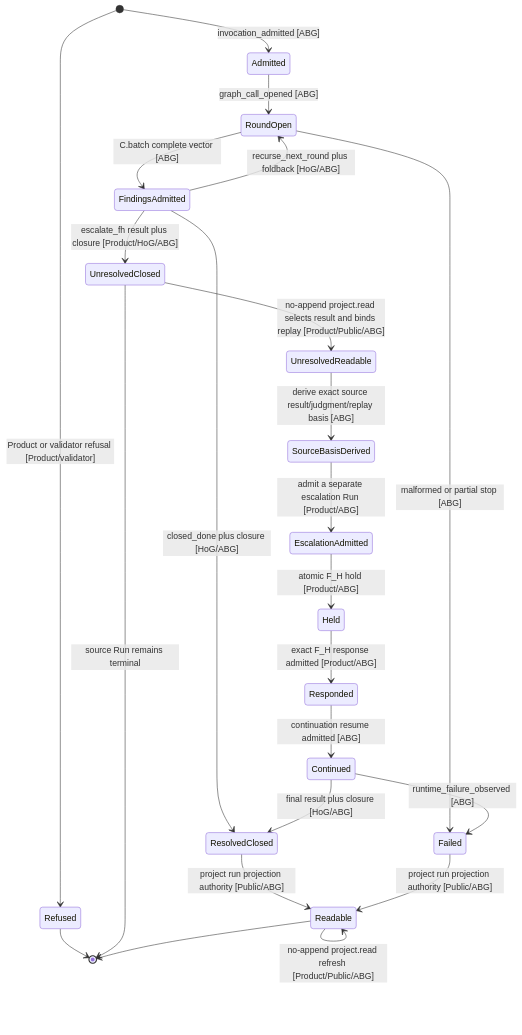
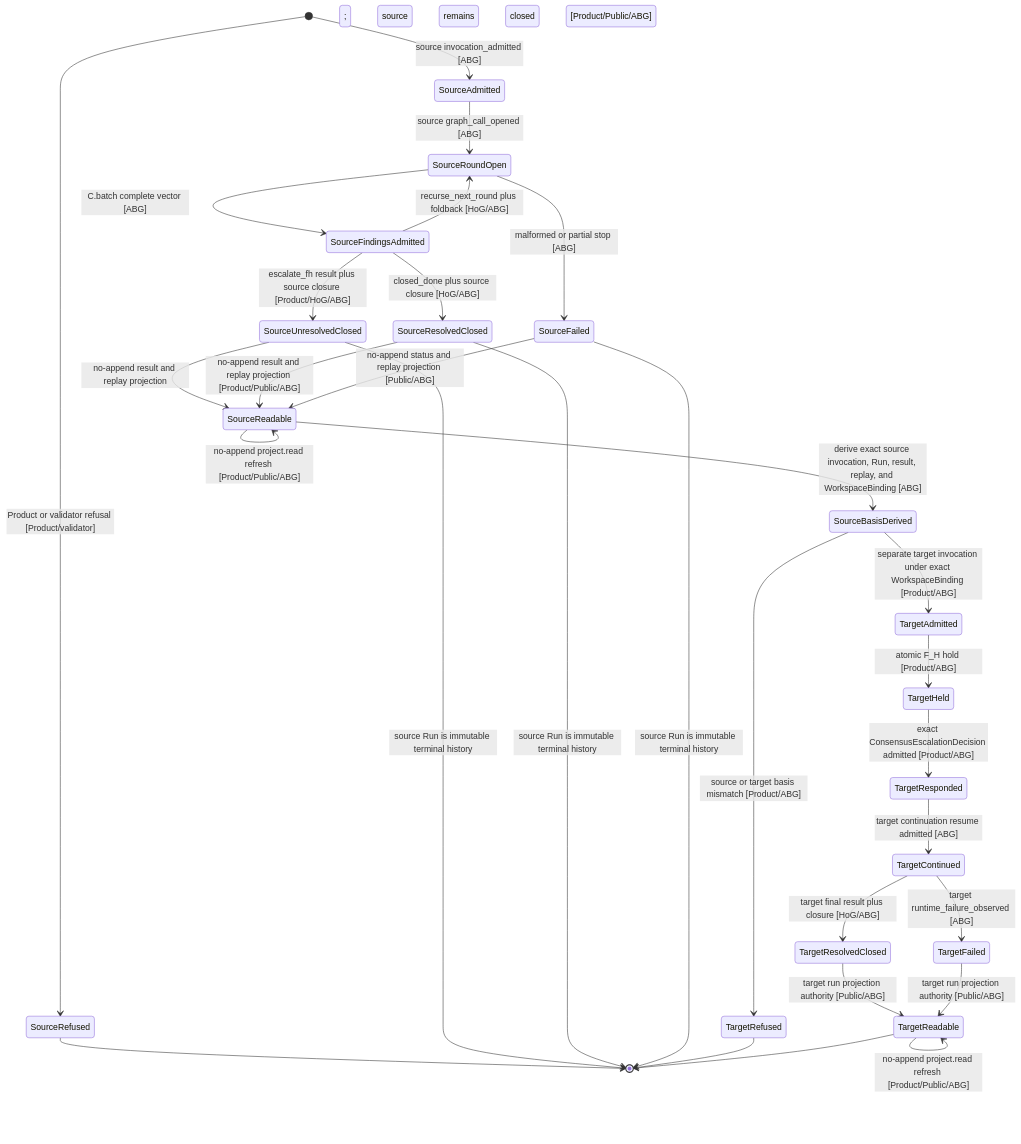
The tenth of 10 diagrams in build_tenants/abiogenesis/typescript/design/M05_DIRECT_GTL_TRAVERSAL_EXPANSION_DESIGN.md (foolishimp/abiogenesis), drawn with Mermaid before and after one commit. The commit also changed other lines of this file and 14 other files, not shown here.

Commit message:
fix(m5): close consensus source authority relations

````diff
--- a/build_tenants/abiogenesis/typescript/design/M05_DIRECT_GTL_TRAVERSAL_EXPANSION_DESIGN.md
+++ b/build_tenants/abiogenesis/typescript/design/M05_DIRECT_GTL_TRAVERSAL_EXPANSION_DESIGN.md
@@ -2660,25 +2716,32 @@
 ```mermaid
 stateDiagram-v2
-  [*] --> Refused: Product or validator refusal [Product/validator]
-  [*] --> Admitted: invocation_admitted [ABG]
-  Admitted --> RoundOpen: graph_call_opened [ABG]
-  RoundOpen --> FindingsAdmitted: C.batch complete vector [ABG]
-  RoundOpen --> Failed: malformed or partial stop [ABG]
-  FindingsAdmitted --> RoundOpen: recurse_next_round plus foldback [HoG/ABG]
-  FindingsAdmitted --> UnresolvedClosed: escalate_fh result plus closure [Product/HoG/ABG]
-  FindingsAdmitted --> ResolvedClosed: closed_done plus closure [HoG/ABG]
-  UnresolvedClosed --> UnresolvedReadable: no-append project.read selects result and binds replay [Product/Public/ABG]
-  UnresolvedReadable --> SourceBasisDerived: derive exact source result/judgment/replay basis [ABG]
-  SourceBasisDerived --> EscalationAdmitted: admit a separate escalation Run [Product/ABG]
-  EscalationAdmitted --> Held: atomic F_H hold [Product/ABG]
-  Held --> Responded: exact F_H response admitted [Product/ABG]
-  Responded --> Continued: continuation resume admitted [ABG]
-  Continued --> ResolvedClosed: final result plus closure [HoG/ABG]
-  Continued --> Failed: runtime_failure_observed [ABG]
-  ResolvedClosed --> Readable: project run projection authority [Public/ABG]
-  Failed --> Readable: project run projection authority [Public/ABG]
-  Readable --> Readable: no-append project.read refresh [Product/Public/ABG]
-  Refused --> [*]
-  UnresolvedClosed --> [*]: source Run remains terminal
-  Readable --> [*]
+  [*] --> SourceRefused: Product or validator refusal [Product/validator]
+  [*] --> SourceAdmitted: source invocation_admitted [ABG]
+  SourceAdmitted --> SourceRoundOpen: source graph_call_opened [ABG]
+  SourceRoundOpen --> SourceFindingsAdmitted: C.batch complete vector [ABG]
+  SourceRoundOpen --> SourceFailed: malformed or partial stop [ABG]
+  SourceFindingsAdmitted --> SourceRoundOpen: recurse_next_round plus foldback [HoG/ABG]
+  SourceFindingsAdmitted --> SourceUnresolvedClosed: escalate_fh result plus source closure [Product/HoG/ABG]
+  SourceFindingsAdmitted --> SourceResolvedClosed: closed_done plus source closure [HoG/ABG]
+  SourceUnresolvedClosed --> SourceReadable: no-append result and replay projection; source remains closed [Product/Public/ABG]
+  SourceResolvedClosed --> SourceReadable: no-append result and replay projection [Product/Public/ABG]
+  SourceFailed --> SourceReadable: no-append status and replay projection [Public/ABG]
+  SourceReadable --> SourceReadable: no-append project.read refresh [Product/Public/ABG]
+  SourceReadable --> SourceBasisDerived: derive exact source invocation, Run, result, replay, and WorkspaceBinding [ABG]
+  SourceBasisDerived --> TargetRefused: source or target basis mismatch [Product/ABG]
+  SourceBasisDerived --> TargetAdmitted: separate target invocation under exact WorkspaceBinding [Product/ABG]
+  TargetAdmitted --> TargetHeld: atomic F_H hold [Product/ABG]
+  TargetHeld --> TargetResponded: exact ConsensusEscalationDecision admitted [Product/ABG]
+  TargetResponded --> TargetContinued: target continuation resume admitted [ABG]
+  TargetContinued --> TargetResolvedClosed: target final result plus closure [HoG/ABG]
+  TargetContinued --> TargetFailed: target runtime_failure_observed [ABG]
+  TargetResolvedClosed --> TargetReadable: target run projection authority [Public/ABG]
+  TargetFailed --> TargetReadable: target run projection authority [Public/ABG]
+  TargetReadable --> TargetReadable: no-append project.read refresh [Product/Public/ABG]
+  SourceRefused --> [*]
+  SourceUnresolvedClosed --> [*]: source Run is immutable terminal history
+  SourceResolvedClosed --> [*]: source Run is immutable terminal history
+  SourceFailed --> [*]: source Run is immutable terminal history
+  TargetRefused --> [*]
+  TargetReadable --> [*]
 ```
````
